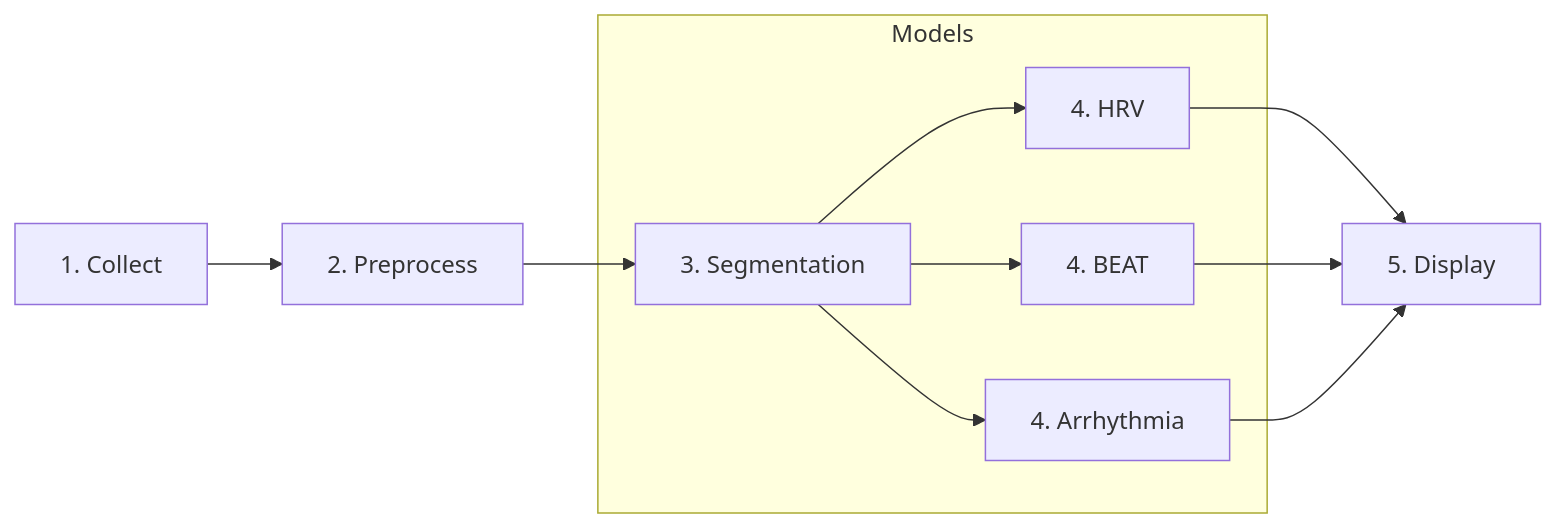
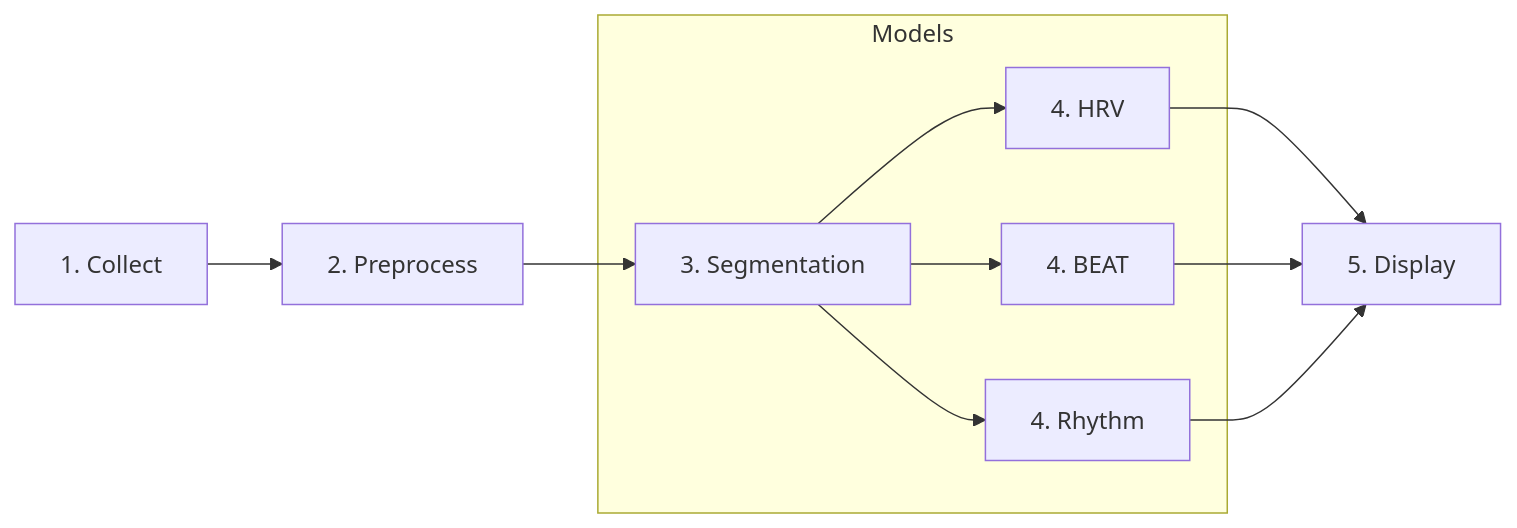
Before and after one commit to AmbiqAI/heartkit: the diagram in docs/guides/heartkit-demo.md, drawn with Mermaid. The commit also changed other lines of this file and 144 other files, not shown here.

Commit message:
feat: Add denoise and diagnostic tasks. feat: Add NSTDB, LSAD, and PTB-XL datasets. feat: Convert demo backend into factory. feat: Initial denoise TCN model. feat: Add more documentation. feat: Rename arrhythmia to rhythm task. feat: Add several more classes for tasks.

````diff
--- a/docs/guides/heartkit-demo.md
+++ b/docs/guides/heartkit-demo.md
@@ -11,13 +11,13 @@
 ```mermaid
 flowchart LR
     COLL[1. Collect] --> PRE[2. Preprocess]
     PRE[2. Preprocess] --> SEG[3. Segmentation]
     subgraph Models
     SEG[3. Segmentation] --> HRV[4. HRV]
     SEG[3. Segmentation] --> BEAT[4. BEAT]
-    SEG[3. Segmentation] --> ARR[4. Arrhythmia]
+    SEG[3. Segmentation] --> ARR[4. Rhythm]
     end
     HRV[4. HRV] --> DISP[5. Display]
     BEAT[4. BEAT] --> DISP
-    ARR[4. Arrhythmia] --> DISP
+    ARR[4. Rhythm] --> DISP
 ```
````
